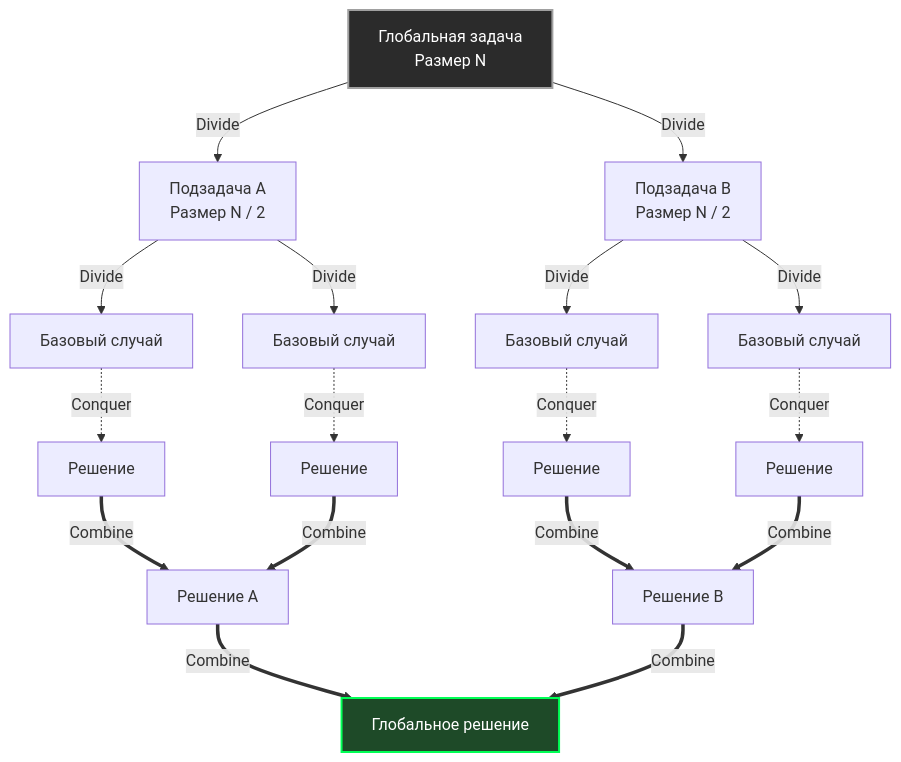
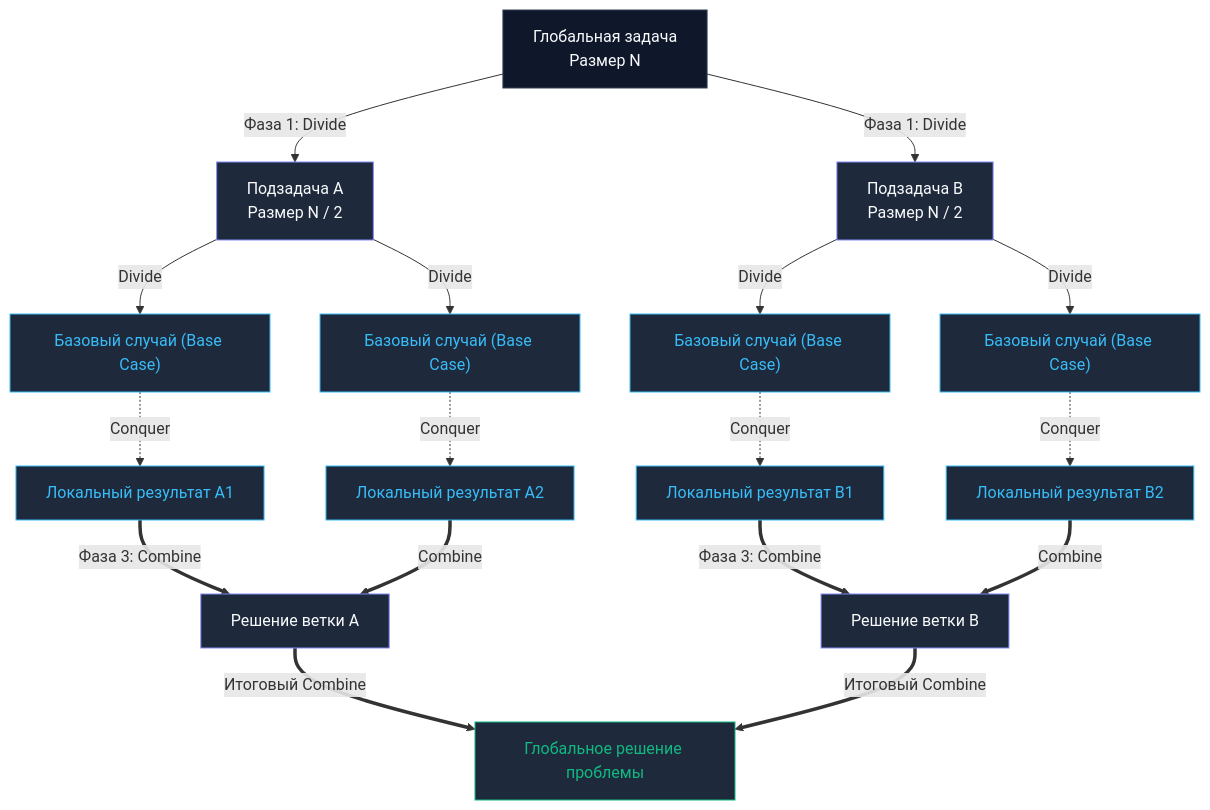
One commit to UnrealTemplier/go-textbook changed the diagram in sources/20. Алгоритмы и структуры данных (DSA) на Go/10. Алгоритмические парадигмы/1. Divide and conquer - разделяй и властвуй.md. Above: the diagram before and after it, drawn with Mermaid. The commit also changed other lines of this file, not shown here.

Commit message:
feat(module-20): editorial rewrite of 10.1 Divide and conquer in Kernighan style

````diff
--- a/sources/20. Алгоритмы и структуры данных (DSA) на Go/10. Алгоритмические парадигмы/1. Divide and conquer - разделяй и властвуй.md
+++ b/sources/20. Алгоритмы и структуры данных (DSA) на Go/10. Алгоритмические парадигмы/1. Divide and conquer - разделяй и властвуй.md
@@ -17,29 +20,36 @@
 ```mermaid
 flowchart TD
-    Problem["Глобальная задача<br>Размер N"] -->|"Divide"| Sub1["Подзадача A<br>Размер N / 2"]
-    Problem -->|"Divide"| Sub2["Подзадача B<br>Размер N / 2"]
+    Problem["Глобальная задача<br/>Размер N"] -->|"Фаза 1: Divide"| Sub1["Подзадача A<br/>Размер N / 2"]
+    Problem -->|"Фаза 1: Divide"| Sub2["Подзадача B<br/>Размер N / 2"]
     
-    Sub1 -->|"Divide"| Sub1A["Базовый случай"]
-    Sub1 -->|"Divide"| Sub1B["Базовый случай"]
+    Sub1 -->|"Divide"| Sub1A["Базовый случай (Base Case)"]
+    Sub1 -->|"Divide"| Sub1B["Базовый случай (Base Case)"]
     
-    Sub2 -->|"Divide"| Sub2A["Базовый случай"]
-    Sub2 -->|"Divide"| Sub2B["Базовый случай"]
+    Sub2 -->|"Divide"| Sub2A["Базовый случай (Base Case)"]
+    Sub2 -->|"Divide"| Sub2B["Базовый случай (Base Case)"]
     
-    Sub1A -.->|"Conquer"| Res1A["Решение"]
-    Sub1B -.->|"Conquer"| Res1B["Решение"]
+    Sub1A -.->|"Conquer"| Res1A["Локальный результат A1"]
+    Sub1B -.->|"Conquer"| Res1B["Локальный результат A2"]
     
-    Res1A ==>|"Combine"| Res1["Решение A"]
+    Res1A ==>|"Фаза 3: Combine"| Res1["Решение ветки A"]
     Res1B ==>|"Combine"| Res1
     
-    Sub2A -.->|"Conquer"| Res2A["Решение"]
-    Sub2B -.->|"Conquer"| Res2B["Решение"]
+    Sub2A -.->|"Conquer"| Res2A["Локальный результат B1"]
+    Sub2B -.->|"Conquer"| Res2B["Локальный результат B2"]
     
-    Res2A ==>|"Combine"| Res2["Решение B"]
+    Res2A ==>|"Фаза 3: Combine"| Res2["Решение ветки B"]
     Res2B ==>|"Combine"| Res2
     
-    Res1 ==>|"Combine"| Final["Глобальное решение"]
-    Res2 ==>|"Combine"| Final
-    
-    style Problem fill:#2b2b2b,stroke:#a0a0a0,stroke-width:2px,color:#fff
-    style Final fill:#1e4a28,stroke:#00ff55,stroke-width:2px,color:#fff
+    Res1 ==>|"Итоговый Combine"| Final["Глобальное решение проблемы"]
+    Res2 ==>|"Итоговый Combine"| Final
+
+    classDef default fill:#0f172a,stroke:#334155,color:#f8fafc
+    classDef branch fill:#1e293b,stroke:#818cf8,color:#f8fafc
+    classDef base fill:#1e293b,stroke:#38bdf8,color:#38bdf8
+    classDef success fill:#1e293b,stroke:#10b981,color:#10b981
+
+    class Problem default
+    class Sub1,Sub2,Res1,Res2 branch
+    class Sub1A,Sub1B,Sub2A,Sub2B,Res1A,Res1B,Res2A,Res2B base
+    class Final success
 ```
````
